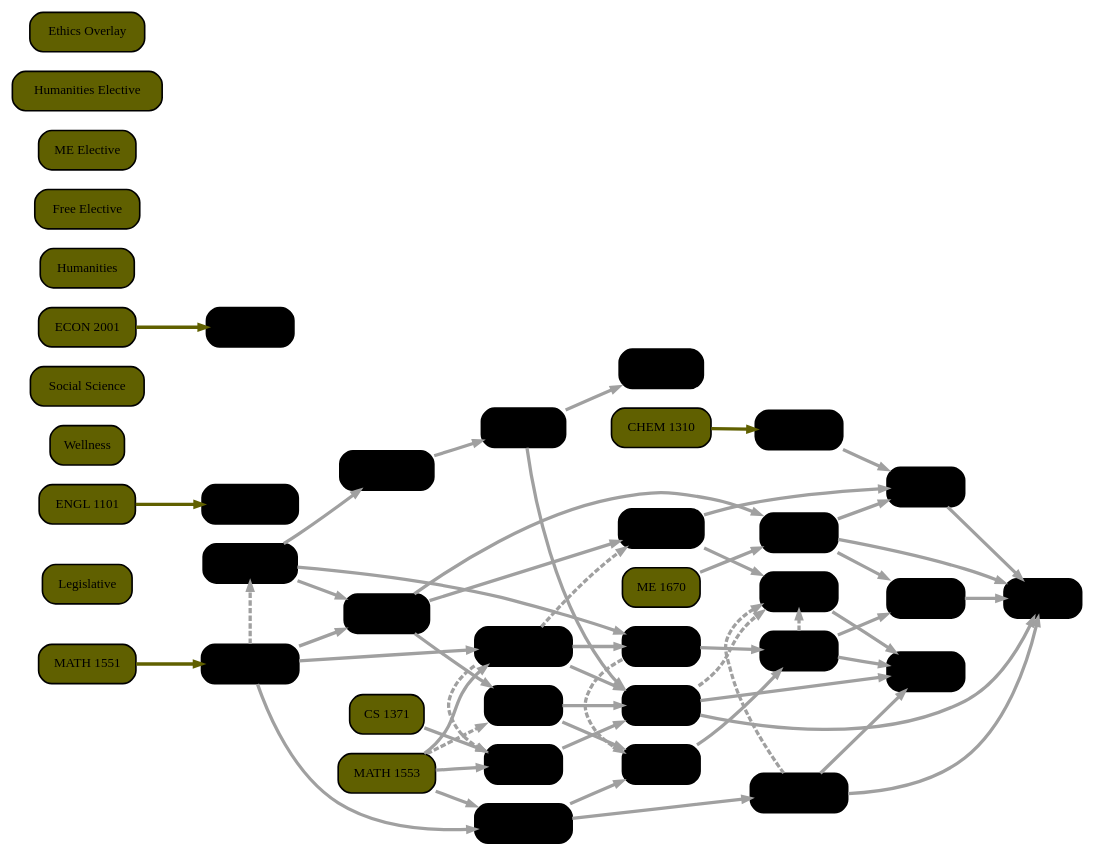
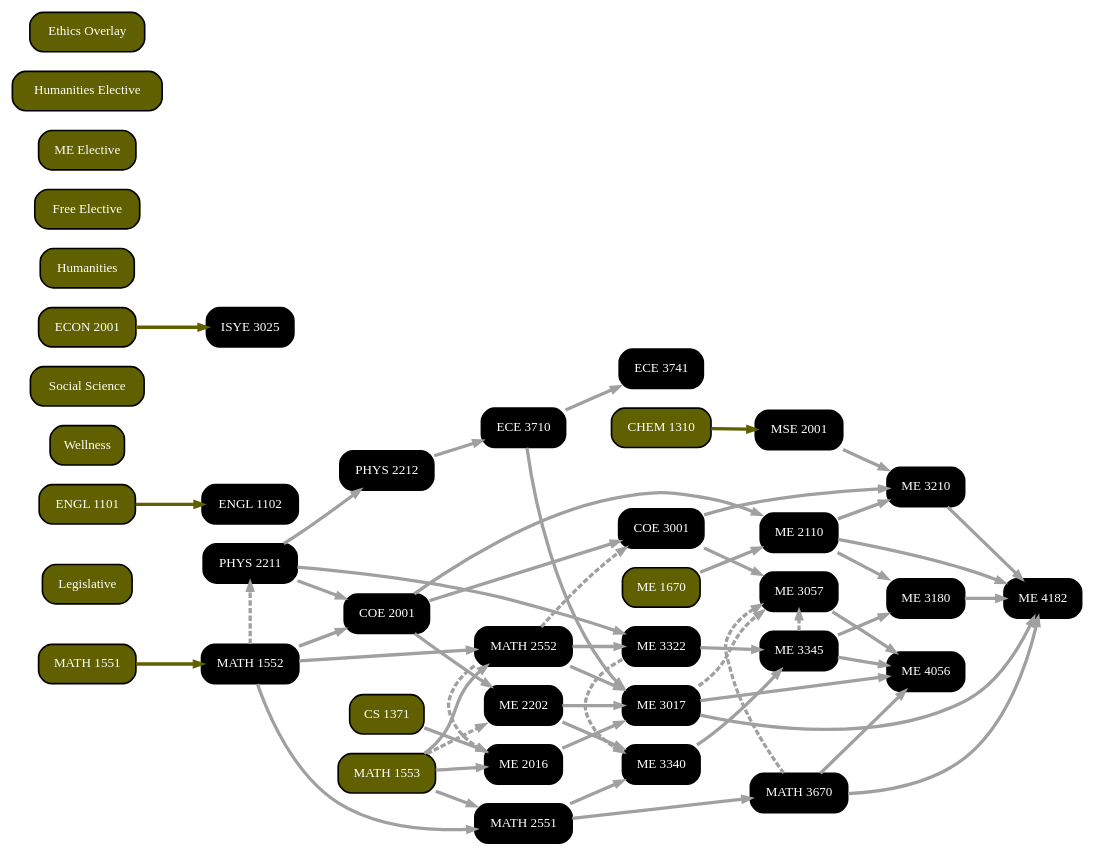
The diagram in gt-planner-prototype-minimal/backend/Curriculum.gv (yunho-c/gt-curriculum-planner), drawn with Graphviz before and after one commit. The commit also changed 14 other files, not shown here.

Commit message:
graph API

```diff
--- a/gt-planner-prototype-minimal/backend/Curriculum.gv
+++ b/gt-planner-prototype-minimal/backend/Curriculum.gv
@@ -1,98 +1,98 @@
 digraph Curriculum {
-	node [color=black fontsize=12 penwidth=1.5 shape=box style="rounded, filled"]
+	node [color=black fontcolor=white fontsize=12 penwidth=1.5 shape=box style="rounded, filled"]
 	edge [arrowsize=0.65 penwidth=3]
 	rankdir=LR
 	"CHEM 1310" [fillcolor="#606000"]
 	"MATH 1551" [fillcolor="#606000"]
 	"MATH 1553" [fillcolor="#606000"]
 	Legislative [fillcolor="#606000"]
 	"ENGL 1101" [fillcolor="#606000"]
 	Wellness [fillcolor="#606000"]
 	"PHYS 2211" [fillcolor="#000000"]
 	"MATH 1552" -> "PHYS 2211" [color="#a0a0a0" constraint=false style=dashed]
 	"MATH 1552" [fillcolor="#000000"]
 	"MATH 1551" -> "MATH 1552" [color="#606000" style=solid]
 	"CS 1371" [fillcolor="#606000"]
 	"ME 1670" [fillcolor="#606000"]
 	"ENGL 1102" [fillcolor="#000000"]
 	"ENGL 1101" -> "ENGL 1102" [color="#606000" style=solid]
 	"PHYS 2212" [fillcolor="#000000"]
 	"PHYS 2211" -> "PHYS 2212" [color="#a0a0a0" style=solid]
 	"MATH 2551" [fillcolor="#000000"]
 	"MATH 1552" -> "MATH 2551" [color="#a0a0a0" style=solid]
 	"MATH 1553" -> "MATH 2551" [color="#a0a0a0" style=solid]
 	"ME 2110" [fillcolor="#000000"]
 	"ME 1670" -> "ME 2110" [color="#a0a0a0" style=solid]
 	"COE 2001" -> "ME 2110" [color="#a0a0a0" style=solid]
 	"MSE 2001" [fillcolor="#000000"]
 	"CHEM 1310" -> "MSE 2001" [color="#606000" style=solid]
 	"COE 2001" [fillcolor="#000000"]
 	"MATH 1552" -> "COE 2001" [color="#a0a0a0" style=solid]
 	"PHYS 2211" -> "COE 2001" [color="#a0a0a0" style=solid]
 	"ECE 3710" [fillcolor="#000000"]
 	"PHYS 2212" -> "ECE 3710" [color="#a0a0a0" style=solid]
 	"MATH 2552" [fillcolor="#000000"]
 	"MATH 1552" -> "MATH 2552" [color="#a0a0a0" style=solid]
 	"MATH 1553" -> "MATH 2552" [color="#a0a0a0" style=solid]
 	"ME 2016" [fillcolor="#000000"]
 	"MATH 1553" -> "ME 2016" [color="#a0a0a0" style=solid]
 	"MATH 2552" -> "ME 2016" [color="#a0a0a0" constraint=false style=dashed]
 	"CS 1371" -> "ME 2016" [color="#a0a0a0" style=solid]
 	"ME 2202" [fillcolor="#000000"]
 	"COE 2001" -> "ME 2202" [color="#a0a0a0" style=solid]
 	"MATH 1553" -> "ME 2202" [color="#a0a0a0" constraint=false style=dashed]
 	"Social Science" [fillcolor="#606000"]
 	"ECE 3741" [fillcolor="#000000"]
 	"ECE 3710" -> "ECE 3741" [color="#a0a0a0" style=solid]
 	"COE 3001" [fillcolor="#000000"]
 	"COE 2001" -> "COE 3001" [color="#a0a0a0" style=solid]
 	"MATH 2552" -> "COE 3001" [color="#a0a0a0" constraint=false style=dashed]
 	"ME 3322" [fillcolor="#000000"]
 	"PHYS 2211" -> "ME 3322" [color="#a0a0a0" style=solid]
 	"MATH 2552" -> "ME 3322" [color="#a0a0a0" style=solid]
 	"ME 3340" [fillcolor="#000000"]
 	"ME 2202" -> "ME 3340" [color="#a0a0a0" style=solid]
 	"MATH 2551" -> "ME 3340" [color="#a0a0a0" style=solid]
 	"ME 3322" -> "ME 3340" [color="#a0a0a0" constraint=false style=dashed]
 	"ECON 2001" [fillcolor="#606000"]
 	Humanities [fillcolor="#606000"]
 	"ME 3017" [fillcolor="#000000"]
 	"ME 2202" -> "ME 3017" [color="#a0a0a0" style=solid]
 	"ME 2016" -> "ME 3017" [color="#a0a0a0" style=solid]
 	"MATH 2552" -> "ME 3017" [color="#a0a0a0" style=solid]
 	"ECE 3710" -> "ME 3017" [color="#a0a0a0" style=solid]
 	"ME 3345" [fillcolor="#000000"]
 	"ME 3322" -> "ME 3345" [color="#a0a0a0" style=solid]
 	"ME 3340" -> "ME 3345" [color="#a0a0a0" style=solid]
 	"ME 3057" [fillcolor="#000000"]
 	"COE 3001" -> "ME 3057" [color="#a0a0a0" style=solid]
 	"ME 3017" -> "ME 3057" [color="#a0a0a0" constraint=false style=dashed]
 	"ME 3345" -> "ME 3057" [color="#a0a0a0" constraint=false style=dashed]
 	"MATH 3670" -> "ME 3057" [color="#a0a0a0" constraint=false style=dashed]
 	"ISYE 3025" [fillcolor="#000000"]
 	"ECON 2001" -> "ISYE 3025" [color="#606000" style=solid]
 	"MATH 3670" [fillcolor="#000000"]
 	"MATH 2551" -> "MATH 3670" [color="#a0a0a0" style=solid]
 	"ME 3180" [fillcolor="#000000"]
 	"ME 2110" -> "ME 3180" [color="#a0a0a0" style=solid]
 	"ME 3345" -> "ME 3180" [color="#a0a0a0" style=solid]
 	"ME 3210" [fillcolor="#000000"]
 	"MSE 2001" -> "ME 3210" [color="#a0a0a0" style=solid]
 	"ME 2110" -> "ME 3210" [color="#a0a0a0" style=solid]
 	"COE 3001" -> "ME 3210" [color="#a0a0a0" style=solid]
 	"ME 4056" [fillcolor="#000000"]
 	"ME 3057" -> "ME 4056" [color="#a0a0a0" style=solid]
 	"ME 3345" -> "ME 4056" [color="#a0a0a0" style=solid]
 	"ME 3017" -> "ME 4056" [color="#a0a0a0" style=solid]
 	"MATH 3670" -> "ME 4056" [color="#a0a0a0" style=solid]
 	"Free Elective" [fillcolor="#606000"]
 	"ME 4182" [fillcolor="#000000"]
 	"ME 3210" -> "ME 4182" [color="#a0a0a0" style=solid]
 	"ME 3180" -> "ME 4182" [color="#a0a0a0" style=solid]
 	"ME 3017" -> "ME 4182" [color="#a0a0a0" style=solid]
 	"MATH 3670" -> "ME 4182" [color="#a0a0a0" style=solid]
 	"ME 2110" -> "ME 4182" [color="#a0a0a0" style=solid]
 	"ME Elective" [fillcolor="#606000"]
 	"Humanities Elective" [fillcolor="#606000"]
 	"Ethics Overlay" [fillcolor="#606000"]
 }
```
